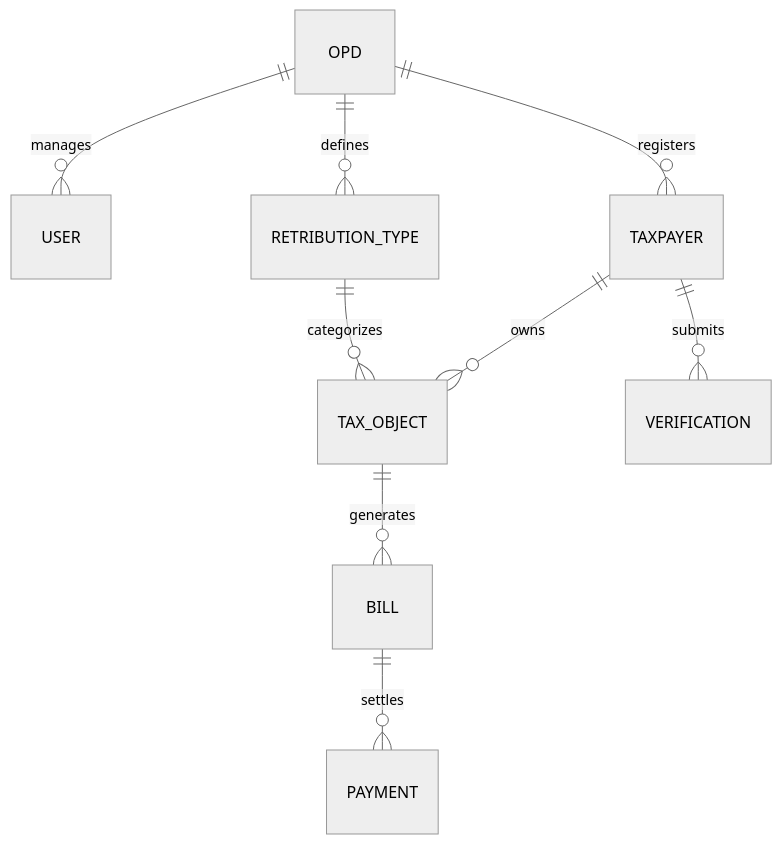
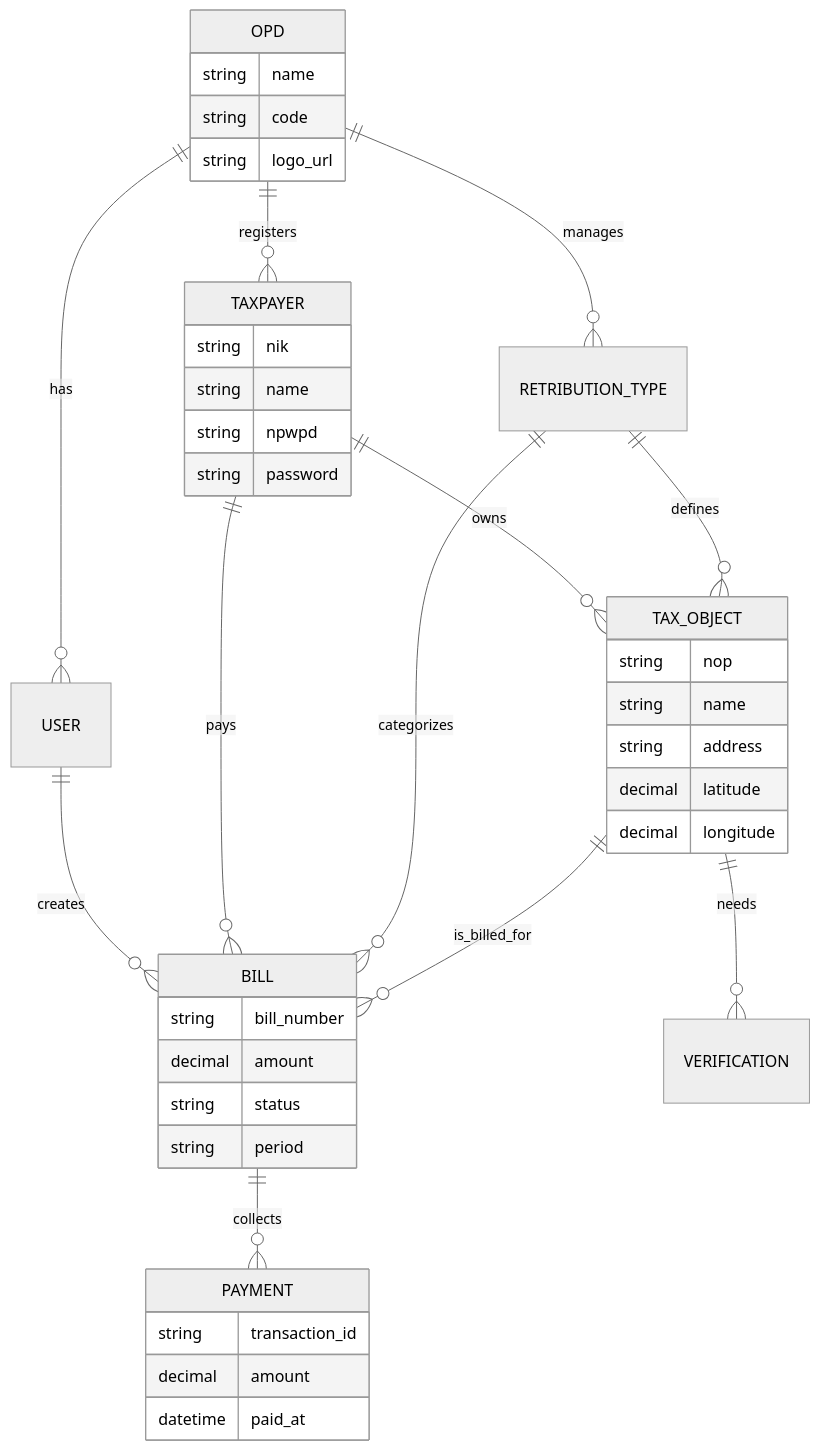
The second of 4 diagrams in docs/sipanda-docs/system_documentation.md (muhdanfyan/retribusi-api), drawn with Mermaid (neutral theme) before and after one commit. The commit also changed 5 other files, not shown here.

Commit message:
feat: publish documentation portal at /docs with mermaid support

````diff
--- a/docs/sipanda-docs/system_documentation.md
+++ b/docs/sipanda-docs/system_documentation.md
@@ -53,11 +53,49 @@
 ```mermaid
 erDiagram
-    OPD ||--o{ USER : "manages"
+    OPD ||--o{ USER : "has"
     OPD ||--o{ TAXPAYER : "registers"
-    OPD ||--o{ RETRIBUTION_TYPE : "defines"
+    OPD ||--o{ RETRIBUTION_TYPE : "manages"
+    
+    USER ||--o{ BILL : "creates"
+    
     TAXPAYER ||--o{ TAX_OBJECT : "owns"
-    RETRIBUTION_TYPE ||--o{ TAX_OBJECT : "categorizes"
-    TAX_OBJECT ||--o{ BILL : "generates"
-    BILL ||--o{ PAYMENT : "settles"
-    TAXPAYER ||--o{ VERIFICATION : "submits"
+    TAXPAYER ||--o{ BILL : "pays"
+    
+    RETRIBUTION_TYPE ||--o{ TAX_OBJECT : "defines"
+    RETRIBUTION_TYPE ||--o{ BILL : "categorizes"
+    
+    TAX_OBJECT ||--o{ BILL : "is_billed_for"
+    TAX_OBJECT ||--o{ VERIFICATION : "needs"
+    
+    BILL ||--o{ PAYMENT : "collects"
+
+    OPD {
+        string name
+        string code
+        string logo_url
+    }
+    TAXPAYER {
+        string nik
+        string name
+        string npwpd
+        string password
+    }
+    TAX_OBJECT {
+        string nop
+        string name
+        string address
+        decimal latitude
+        decimal longitude
+    }
+    BILL {
+        string bill_number
+        decimal amount
+        string status
+        string period
+    }
+    PAYMENT {
+        string transaction_id
+        decimal amount
+        datetime paid_at
+    }
 ```
````
